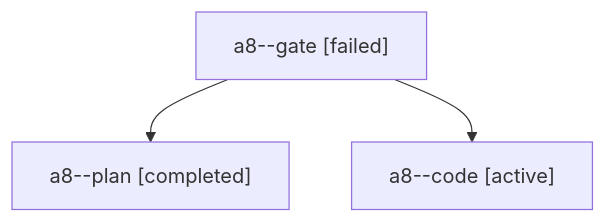
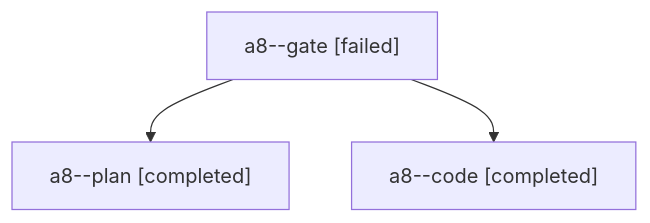
Before and after one commit to sase-org/sase--agents: the diagram in sessions/bbugyi200.apollo.a8.md, drawn with Mermaid. The commit also changed other lines of this file and 5 other files, not shown here.

````diff
--- a/sessions/bbugyi200.apollo.a8.md
+++ b/sessions/bbugyi200.apollo.a8.md
@@ -9,8 +9,8 @@
 ```mermaid
 flowchart TD
   n0["a8--gate [failed]"]
   n1["a8--plan [completed]"]
   n0 --> n1
-  n2["a8--code [active]"]
+  n2["a8--code [completed]"]
   n0 --> n2
 ```
````
